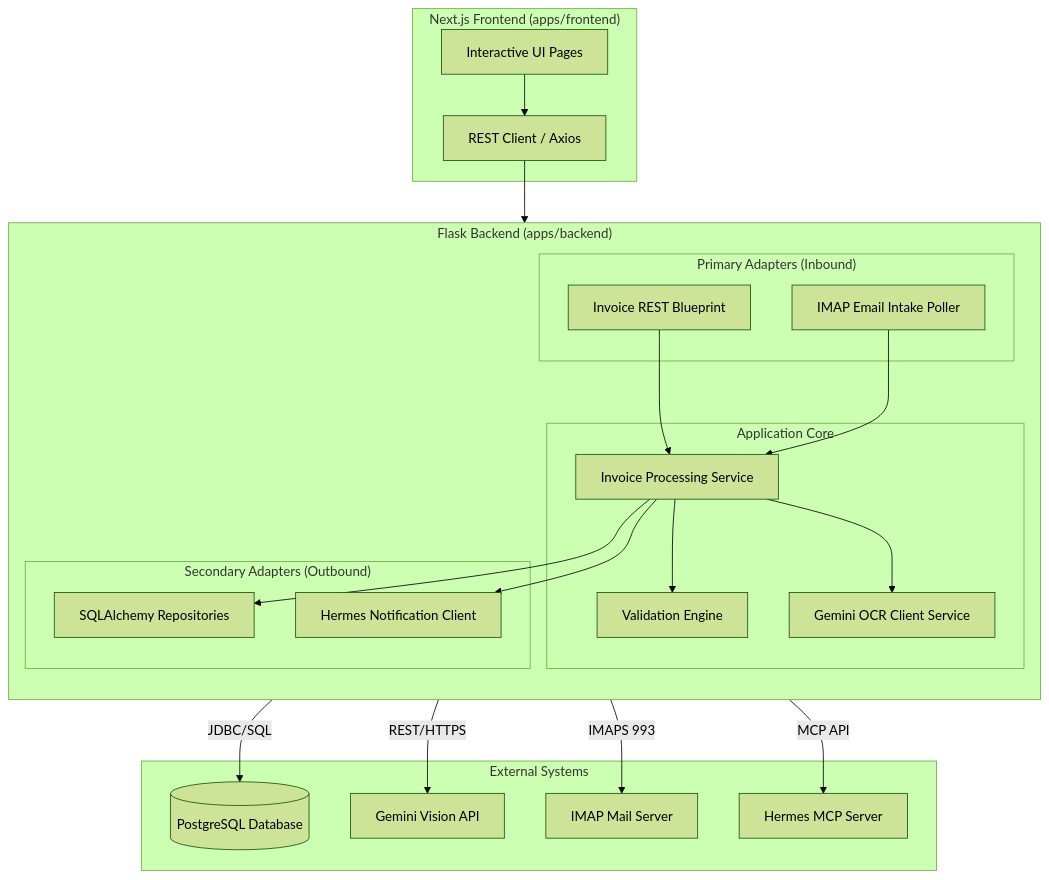
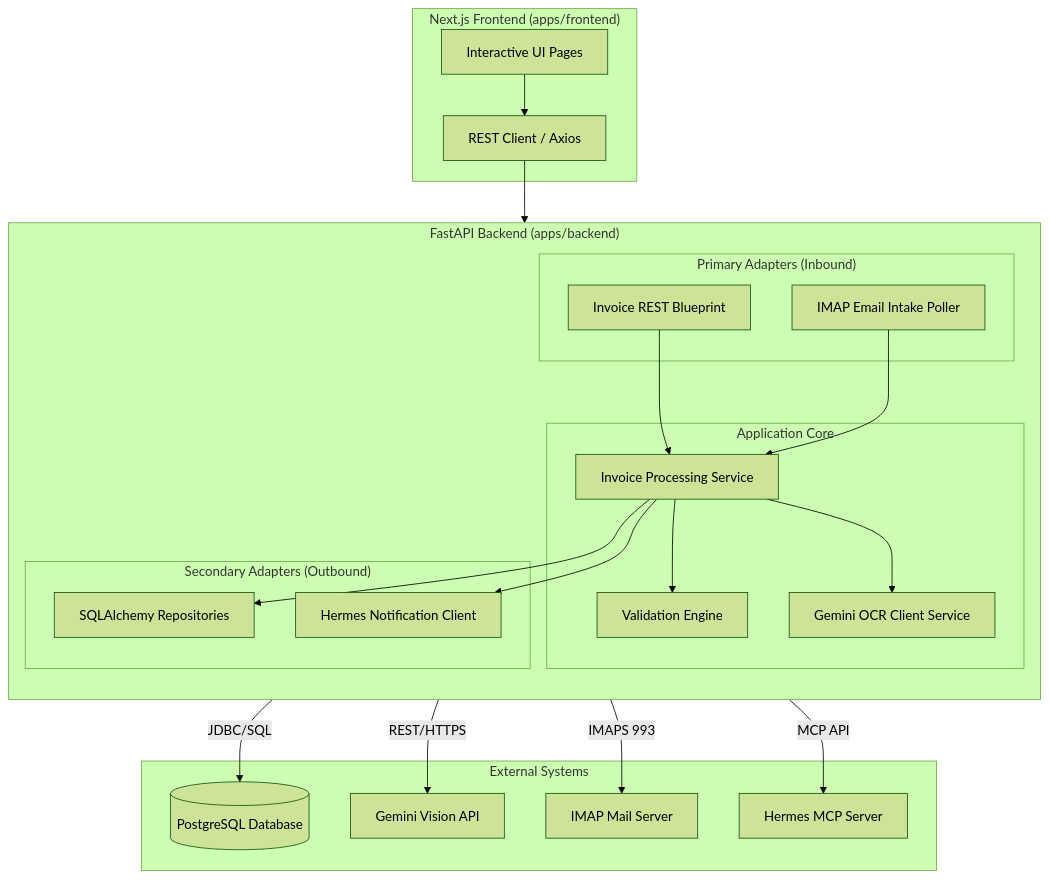
One commit to LuongHaMinhVy/ocr-invoice-engine changed the first of 4 diagrams in docs/02-Design/SAD-001-ocr-invoice-architecture.md. Above: the diagram before and after it, drawn with Mermaid (forest theme). The commit also changed other lines of this file and 6 other files, not shown here.

Commit message:
refactor: complete migration from Flask to FastAPI in Specs, Plans, and Task Tracker

````diff
--- a/docs/02-Design/SAD-001-ocr-invoice-architecture.md
+++ b/docs/02-Design/SAD-001-ocr-invoice-architecture.md
@@ -16,47 +16,47 @@
 ```mermaid
 graph TD
     subgraph "Next.js Frontend (apps/frontend)"
         UI[Interactive UI Pages]
         API_Client[REST Client / Axios]
         UI --> API_Client
     end
 
-    subgraph "Flask Backend (apps/backend)"
+    subgraph "FastAPI Backend (apps/backend)"
         direction TB
         subgraph "Primary Adapters (Inbound)"
             REST[Invoice REST Blueprint]
             Email_Poller[IMAP Email Intake Poller]
         end
 
         subgraph "Application Core"
             Biz_Processor[Invoice Processing Service]
             OCR_Manager[Gemini OCR Client Service]
             Math_Validator[Validation Engine]
             
             REST & Email_Poller --> Biz_Processor
             Biz_Processor --> Math_Validator
             Biz_Processor --> OCR_Manager
         end
 
         subgraph "Secondary Adapters (Outbound)"
             DB_Repo[SQLAlchemy Repositories]
             Hermes_Gateway[Hermes Notification Client]
             
             Biz_Processor --> DB_Repo
             Biz_Processor --> Hermes_Gateway
         end
     end
 
     subgraph "External Systems"
         Postgres[(PostgreSQL Database)]
         Gemini[Gemini Vision API]
         Mail_Server[IMAP Mail Server]
         Hermes[Hermes MCP Server]
 
         API_Client --> REST
         Email_Poller -->|IMAPS 993| Mail_Server
         OCR_Manager -->|REST/HTTPS| Gemini
         DB_Repo -->|JDBC/SQL| Postgres
         Hermes_Gateway -->|MCP API| Hermes
     end
 ```
````
